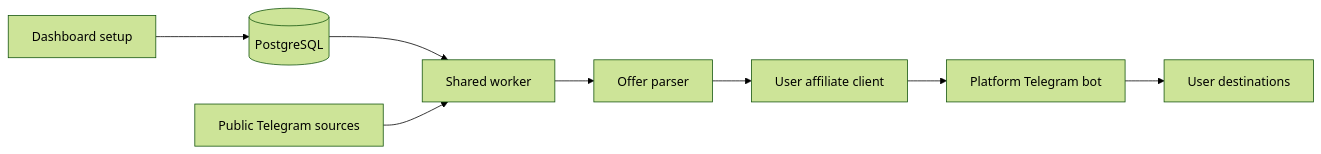
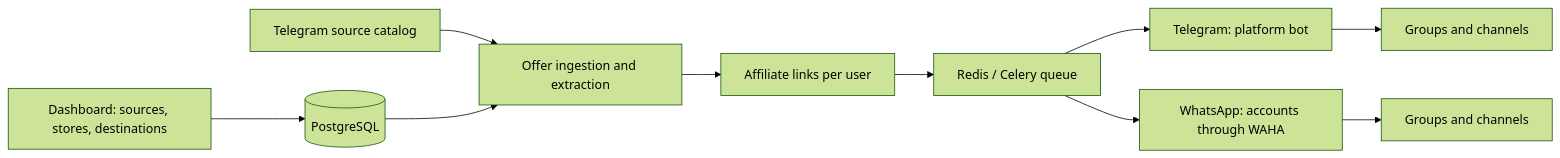
Before and after one commit to vs-machado/offers-bot-automation: the diagram in README.md, drawn with Mermaid (forest theme). The commit also changed other lines of this file and 15 other files, not shown here.

````diff
--- a/README.md
+++ b/README.md
@@ -7,10 +26,12 @@
 ```mermaid
 flowchart LR
-    UI[Dashboard setup] --> DB[(PostgreSQL)]
-    DB --> W[Shared worker]
-    S[Public Telegram sources] --> W
-    W --> P[Offer parser]
-    P --> A[User affiliate client]
-    A --> B[Platform Telegram bot]
-    B --> D[User destinations]
+    S[Telegram source catalog] --> W[Offer ingestion and extraction]
+    P[Dashboard: sources, stores, destinations] --> DB[(PostgreSQL)]
+    DB --> W
+    W --> A[Affiliate links per user]
+    A --> Q[Redis / Celery queue]
+    Q --> T[Telegram: platform bot]
+    Q --> H[WhatsApp: accounts through WAHA]
+    T --> TD[Groups and channels]
+    H --> HD[Groups and channels]
 ```
````
